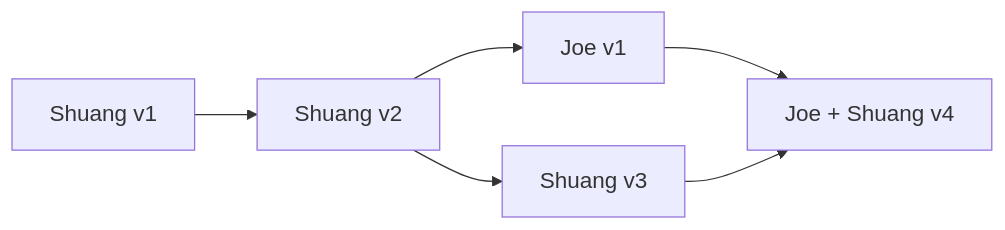
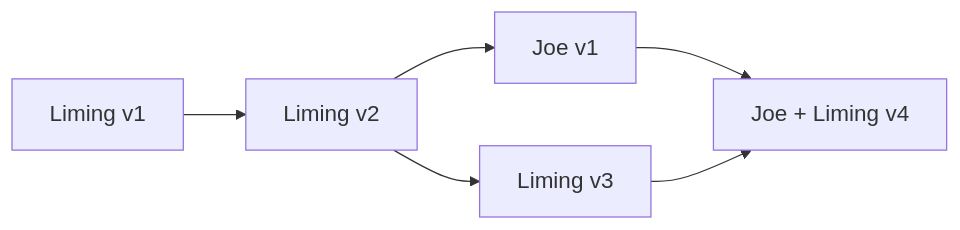
The first of 6 diagrams in slides/05_collaboration.qmd (pharmarug/pharmasug2025-r-workshop), drawn with Mermaid before and after one commit. The commit also changed other lines of this file and 7 other files, not shown here.

````diff
--- a/slides/05_collaboration.qmd
+++ b/slides/05_collaboration.qmd
@@ -72,8 +72,8 @@
 ```{mermaid}
 flowchart LR
-  A[<font size=4> Shuang v1] --> B[<font size=4> Shuang v2]
-  B --> C[<font size=4> Shuang v3]
+  A[<font size=4> Liming v1] --> B[<font size=4> Liming v2]
+  B --> C[<font size=4> Liming v3]
   B --> D[<font size=4> Joe v1]
-  D --> E[<font size=4> Joe + Shuang v4]
+  D --> E[<font size=4> Joe + Liming v4]
   C --> E
 ```
````
